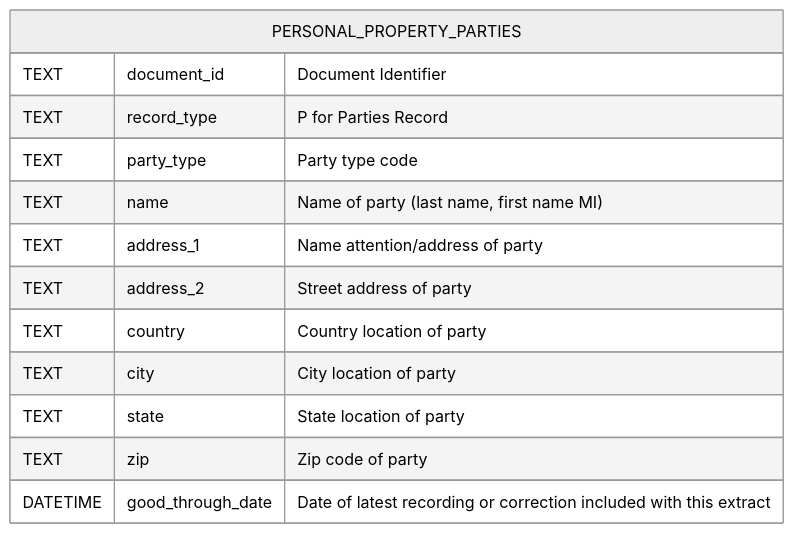
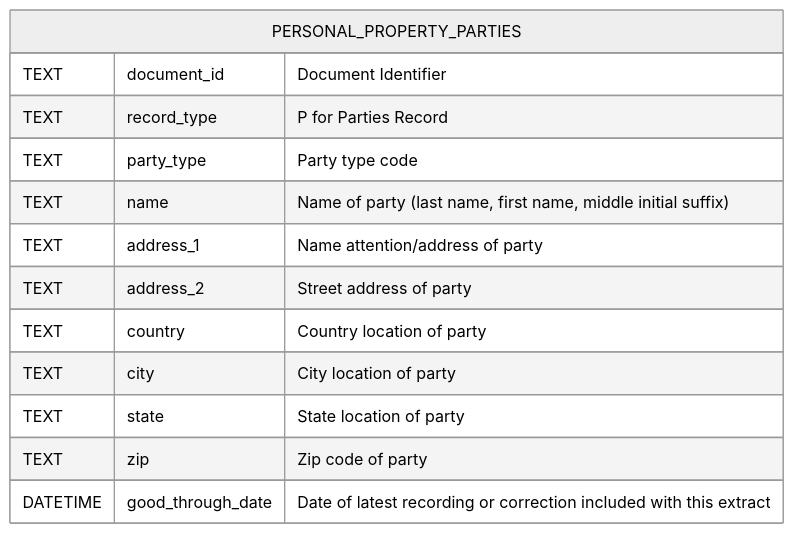
Before and after one commit to ahauser16/snacris--backend: diagram 13 of 20 in README.MD, drawn with Mermaid (neutral theme). The commit also changed other lines of this file and 83 other files, not shown here.

````diff
--- a/README.MD
+++ b/README.MD
@@ -560,16 +1461,16 @@
 ```mermaid
 erDiagram
     PERSONAL_PROPERTY_PARTIES {
         TEXT document_id "Document Identifier"
         TEXT record_type "P for Parties Record"
         TEXT party_type "Party type code"
-        TEXT name "Name of party (last name, first name MI)"
+        TEXT name "Name of party (last name, first name, middle initial suffix)"
         TEXT address_1 "Name attention/address of party"
         TEXT address_2 "Street address of party"
         TEXT country "Country location of party"
         TEXT city "City location of party"
         TEXT state "State location of party"
         TEXT zip "Zip code of party"
         DATETIME good_through_date "Date of latest recording or correction included with this extract"
     }
 ```
````
